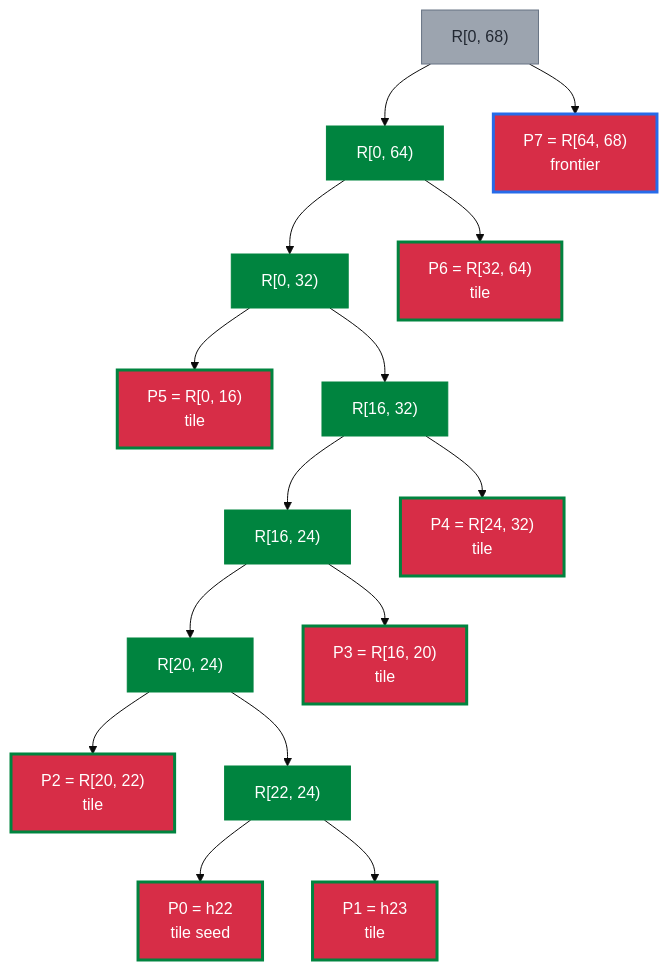
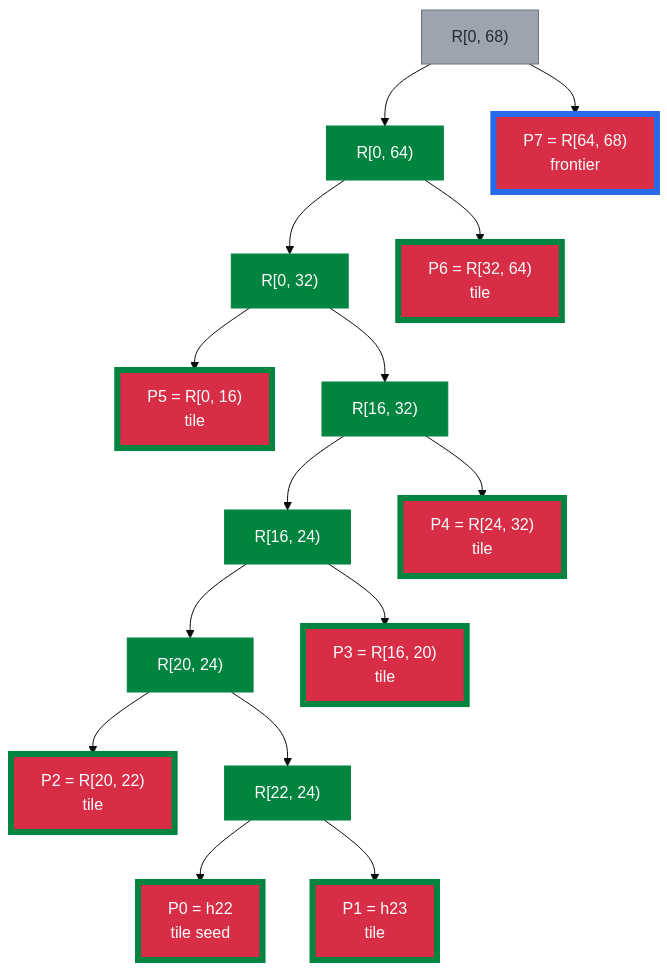
Diagram 18 of 20 in doc/tiles-illustrated.rst (microsoft/merklecpp), drawn with Mermaid (base theme) before and after one commit. The commit also changed other lines of this file, not shown here.

First line of the commit message:
Thicken contrasting diagram borders

```diff
--- a/doc/tiles-illustrated.rst
+++ b/doc/tiles-illustrated.rst
@@ -684,38 +684,38 @@
 .. mermaid::
 
    flowchart TB
      R068["R[0, 68)"]:::computed
      R064["R[0, 64)"]:::tile
      P6468["P7 = R[64, 68)<br/>frontier"]:::proofMemory
      R032["R[0, 32)"]:::tile
      P3264["P6 = R[32, 64)<br/>tile"]:::proofTile
      P016["P5 = R[0, 16)<br/>tile"]:::proofTile
      R1632["R[16, 32)"]:::tile
      R1624["R[16, 24)"]:::tile
      P2432["P4 = R[24, 32)<br/>tile"]:::proofTile
      R2024["R[20, 24)"]:::tile
      P1620["P3 = R[16, 20)<br/>tile"]:::proofTile
      P2022["P2 = R[20, 22)<br/>tile"]:::proofTile
      R2224["R[22, 24)"]:::tile
      P22["P0 = h22<br/>tile seed"]:::proofTile
      P23["P1 = h23<br/>tile"]:::proofTile
 
      R068 --> R064
      R068 --> P6468
      R064 --> R032
      R064 --> P3264
      R032 --> P016
      R032 --> R1632
      R1632 --> R1624
      R1632 --> P2432
      R1624 --> P1620
      R1624 --> R2024
      R2024 --> P2022
      R2024 --> R2224
      R2224 --> P22
      R2224 --> P23
 
      classDef tile fill:#00843f,stroke:#00843f,color:#ffffff
      classDef computed fill:#9ca4af,stroke:#677384,color:#222832
-     classDef proofTile fill:#d72d47,stroke:#00843f,stroke-width:3px,color:#ffffff
-     classDef proofMemory fill:#d72d47,stroke:#276be9,stroke-width:3px,color:#ffffff
+     classDef proofTile fill:#d72d47,stroke:#00843f,stroke-width:6px,color:#ffffff
+     classDef proofMemory fill:#d72d47,stroke:#276be9,stroke-width:6px,color:#ffffff
```
